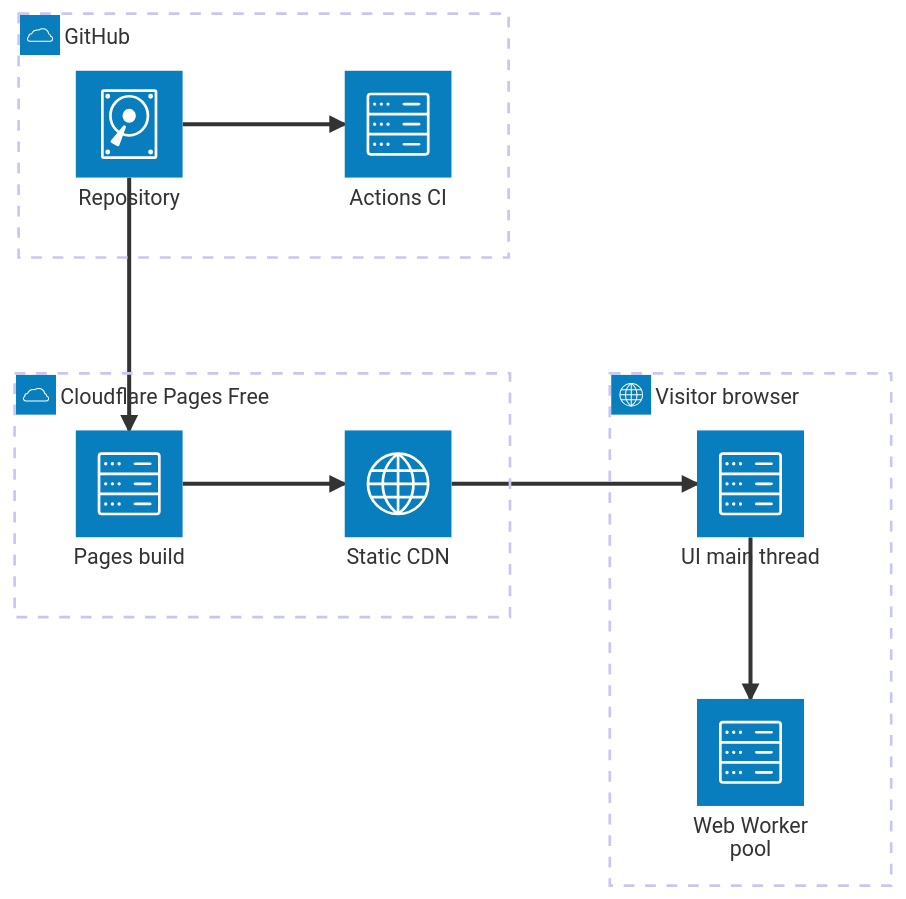
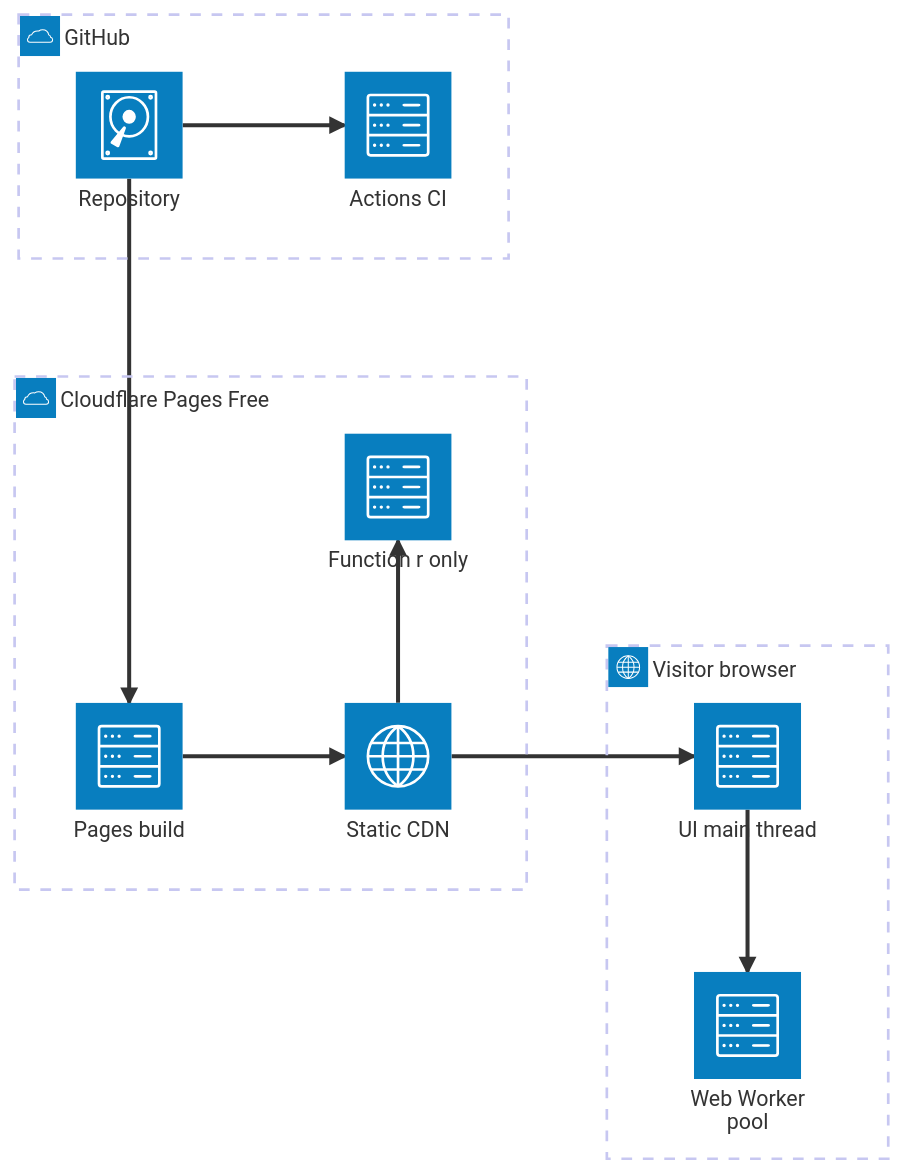
One commit to VinylStage/trex_vs_tiger_sim changed the first of 6 diagrams in ARCHITECTURE.md. Above: the diagram before and after it, drawn with Mermaid. The commit also changed other lines of this file and 45 other files, not shown here.

````diff
--- a/ARCHITECTURE.md
+++ b/ARCHITECTURE.md
@@ -9,23 +9,25 @@
 ```mermaid
 ---
 title: System context
 ---
 architecture-beta
     group gh(cloud)[GitHub]
     service repo(disk)[Repository] in gh
     service ci(server)[Actions CI] in gh
 
     group cf(cloud)[Cloudflare Pages Free]
     service build(server)[Pages build] in cf
     service cdn(internet)[Static CDN] in cf
+    service fn(server)[Function r only] in cf
 
     group client(internet)[Visitor browser]
     service ui(server)[UI main thread] in client
     service workers(server)[Web Worker pool] in client
 
     repo:R --> L:ci
     repo:B --> T:build
     build:R --> L:cdn
     cdn:R --> L:ui
+    cdn:T --> B:fn
     ui:B --> T:workers
 ```
````
